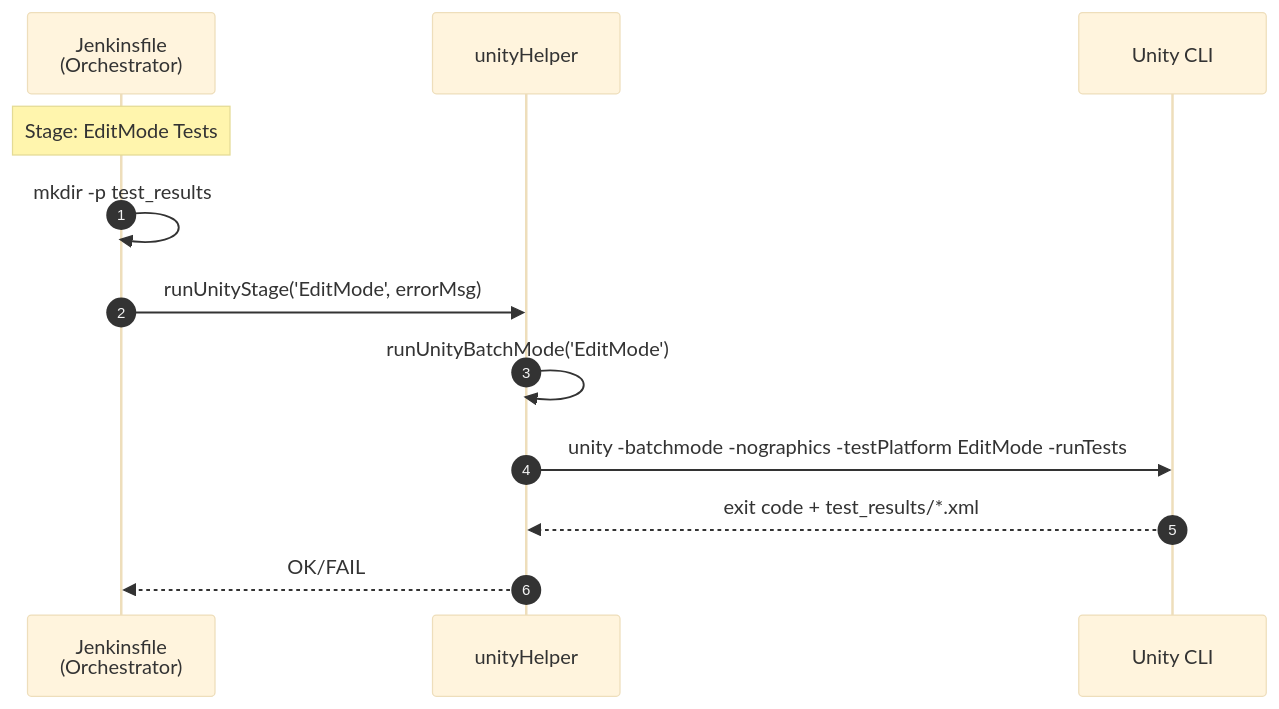
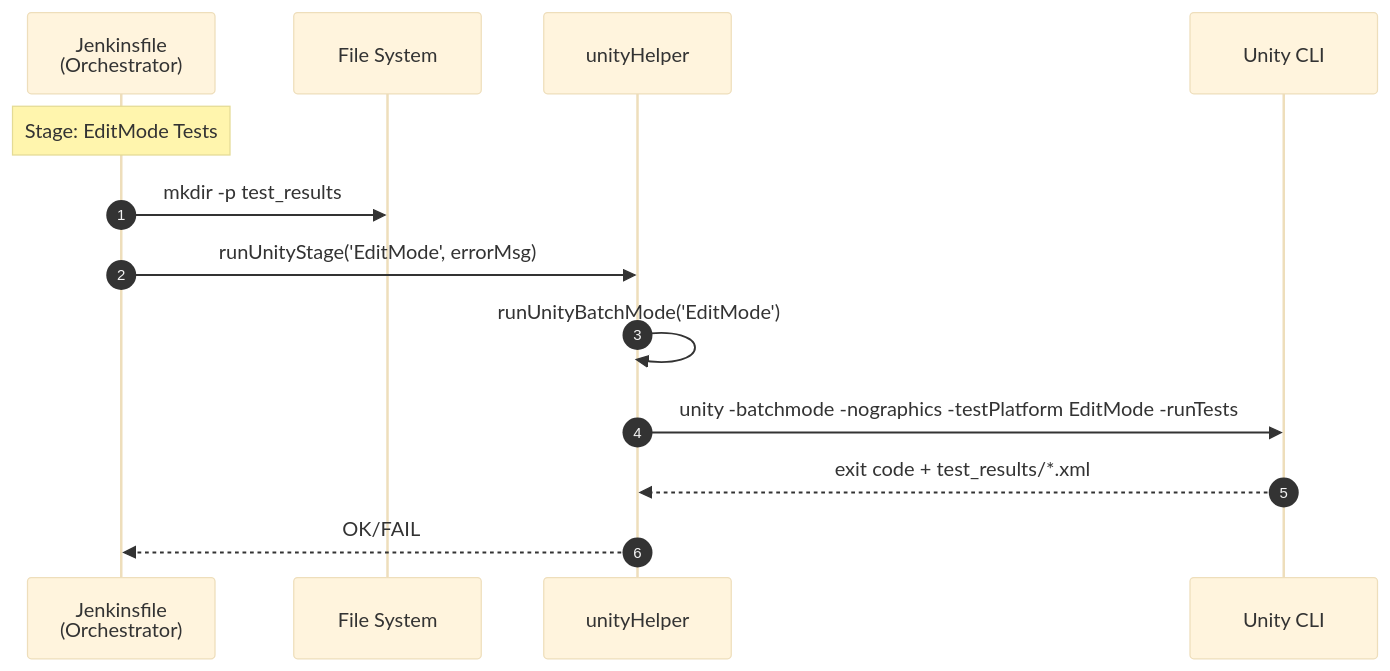
One commit to JindoKimKor/Self-Binnacle changed the fifth of 9 diagrams in Voyages/Projects/VARLab-work-transfer/portfolios/devops-jenkins-linux/4-layer-architecture-and-logger-system-integration/problem-analysis/pipeline-sequence-diagrams/dlx-cd.md. Above: the diagram before and after it, drawn with Mermaid (base theme). The commit also changed other lines of this file and 55 other files, not shown here.

First line of the commit message:
refactor(4-layer-architecture): Standardize analysis document naming and format

````diff
--- a/Voyages/Projects/VARLab-work-transfer/portfolios/devops-jenkins-linux/4-layer-architecture-and-logger-system-integration/problem-analysis/pipeline-sequence-diagrams/dlx-cd.md
+++ b/Voyages/Projects/VARLab-work-transfer/portfolios/devops-jenkins-linux/4-layer-architecture-and-logger-system-integration/problem-analysis/pipeline-sequence-diagrams/dlx-cd.md
@@ -169,18 +200,19 @@
 ```mermaid
 sequenceDiagram
     autonumber
 
     participant JF as Jenkinsfile<br/>(Orchestrator)
+    participant FS as File System
     participant UH as unityHelper
     participant Unity as Unity CLI
 
     Note over JF: Stage: EditMode Tests
 
-    JF->>JF: mkdir -p test_results
+    JF->>FS: mkdir -p test_results
 
     JF->>UH: runUnityStage('EditMode', errorMsg)
     UH->>UH: runUnityBatchMode('EditMode')
     UH->>Unity: unity -batchmode -nographics -testPlatform EditMode -runTests
     Unity-->>UH: exit code + test_results/*.xml
     UH-->>JF: OK/FAIL
 ```
````
